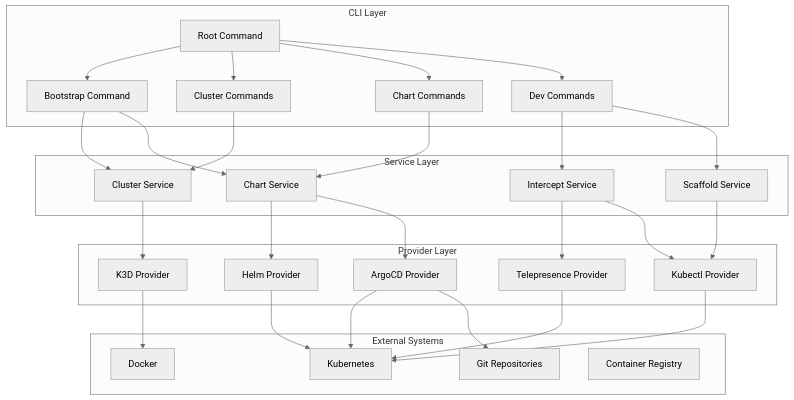
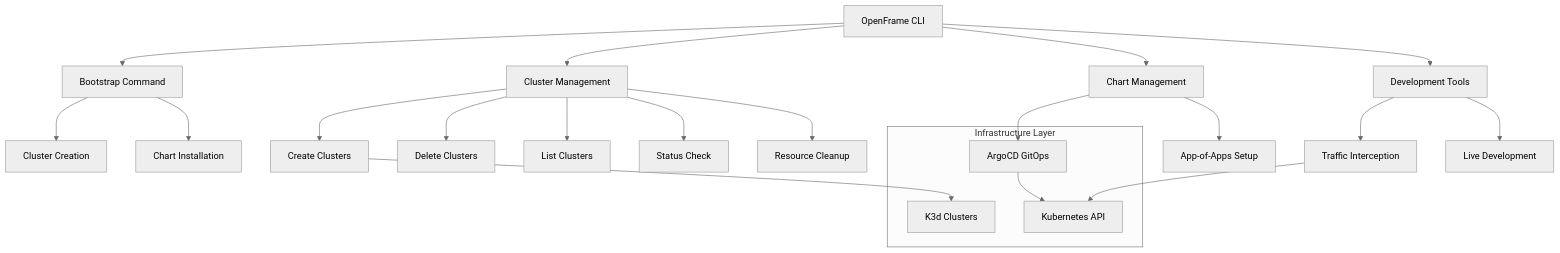
Before and after one commit to flamingo-stack/openframe-cli: the first of 4 diagrams in docs/architecture/overview.md, drawn with Mermaid (neutral theme). The commit also changed other lines of this file and 5 other files, not shown here.

Commit message:
docs: Stage 2 - Architecture analysis (5 files) [skip ci]

````diff
--- a/docs/architecture/overview.md
+++ b/docs/architecture/overview.md
@@ -11,58 +13,32 @@
 ```mermaid
 graph TB
-    subgraph "CLI Layer"
-        Root[Root Command]
-        Bootstrap[Bootstrap Command]
-        Cluster[Cluster Commands]
-        Chart[Chart Commands] 
-        Dev[Dev Commands]
+    CLI[OpenFrame CLI] --> Bootstrap[Bootstrap Command]
+    CLI --> Cluster[Cluster Management]
+    CLI --> Chart[Chart Management]
+    CLI --> Dev[Development Tools]
+    
+    Bootstrap --> ClusterCreate[Cluster Creation]
+    Bootstrap --> ChartInstall[Chart Installation]
+    
+    Cluster --> Create[Create Clusters]
+    Cluster --> Delete[Delete Clusters]
+    Cluster --> List[List Clusters]
+    Cluster --> Status[Status Check]
+    Cluster --> Cleanup[Resource Cleanup]
+    
+    Chart --> ArgoCD[ArgoCD Installation]
+    Chart --> AppOfApps[App-of-Apps Setup]
+    
+    Dev --> Intercept[Traffic Interception]
+    Dev --> Skaffold[Live Development]
+    
+    subgraph Infrastructure[Infrastructure Layer]
+        K3d[K3d Clusters]
+        Kubernetes[Kubernetes API]
+        ArgoCD[ArgoCD GitOps]
     end
     
-    subgraph "Service Layer"
-        ClusterSvc[Cluster Service]
-        ChartSvc[Chart Service]
-        InterceptSvc[Intercept Service]
-        ScaffoldSvc[Scaffold Service]
-    end
-    
-    subgraph "Provider Layer"
-        K3D[K3D Provider]
-        Helm[Helm Provider]
-        ArgoCD[ArgoCD Provider]
-        Telepresence[Telepresence Provider]
-        Kubectl[Kubectl Provider]
-    end
-    
-    subgraph "External Systems"
-        Docker[Docker]
-        K8s[Kubernetes]
-        Git[Git Repositories]
-        Registry[Container Registry]
-    end
-    
-    Root --> Bootstrap
-    Root --> Cluster
-    Root --> Chart
-    Root --> Dev
-    
-    Bootstrap --> ClusterSvc
-    Bootstrap --> ChartSvc
-    Cluster --> ClusterSvc
-    Chart --> ChartSvc
-    Dev --> InterceptSvc
-    Dev --> ScaffoldSvc
-    
-    ClusterSvc --> K3D
-    ChartSvc --> Helm
-    ChartSvc --> ArgoCD
-    InterceptSvc --> Telepresence
-    InterceptSvc --> Kubectl
-    ScaffoldSvc --> Kubectl
-    
-    K3D --> Docker
-    Helm --> K8s
-    ArgoCD --> K8s
-    ArgoCD --> Git
-    Telepresence --> K8s
-    Kubectl --> K8s
+    Create --> K3d
+    ArgoCD --> Kubernetes
+    Intercept --> Kubernetes
 ```
````
